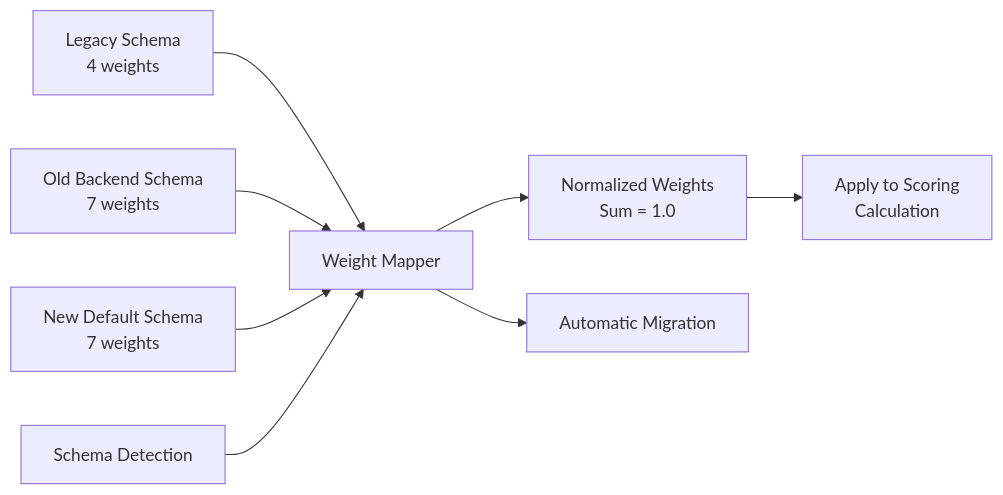
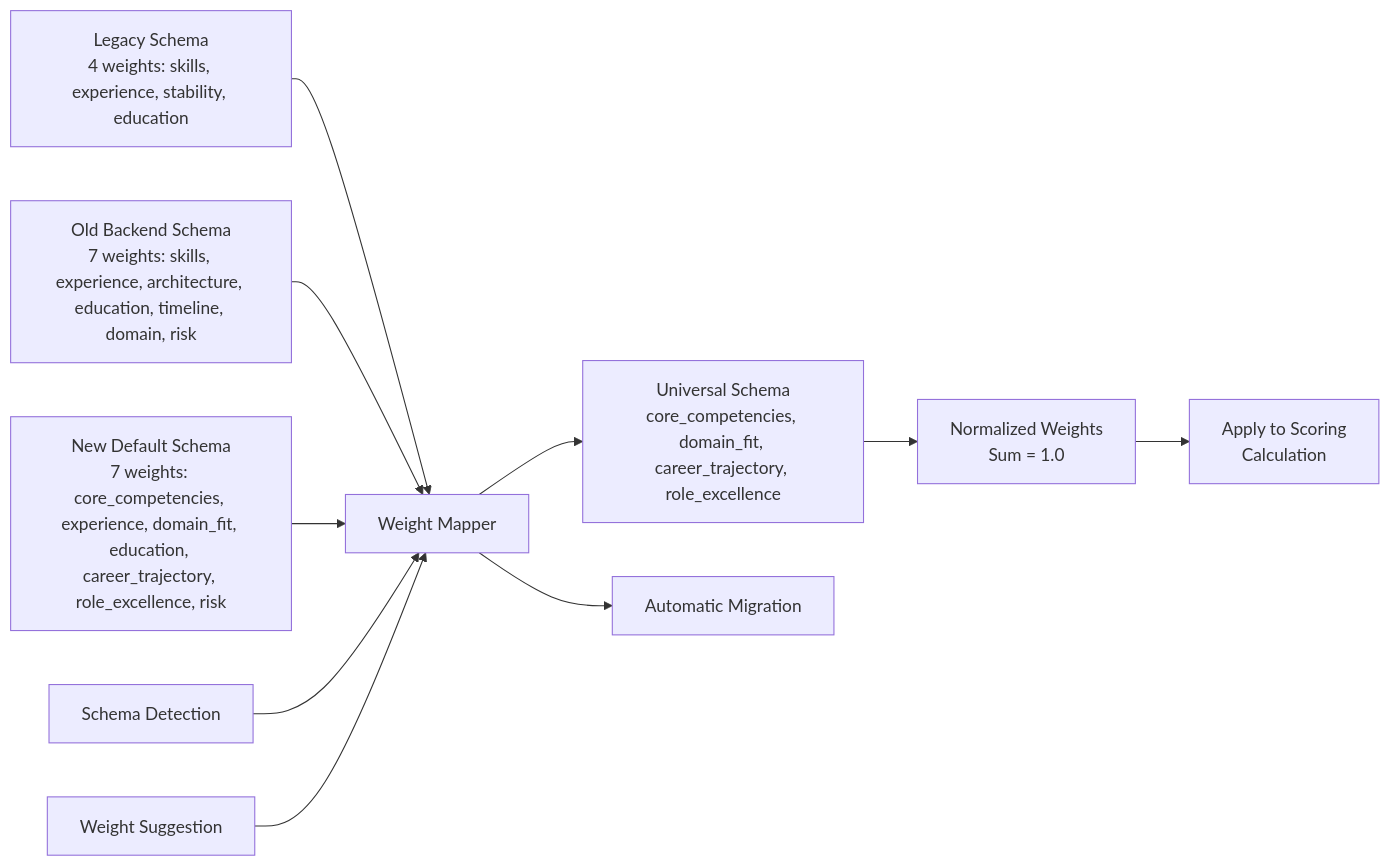
One commit to Revanththetalogics/aireume changed the fifth of 6 diagrams in .qoder/repowiki/en/content/Analysis Engine/Centralized Constants Module.md. Above: the diagram before and after it, drawn with Mermaid. The commit also changed other lines of this file and 41 other files, not shown here.

````diff
--- a/.qoder/repowiki/en/content/Analysis Engine/Centralized Constants Module.md
+++ b/.qoder/repowiki/en/content/Analysis Engine/Centralized Constants Module.md
@@ -241,10 +255,12 @@
 ```mermaid
 flowchart LR
-A[Legacy Schema<br/>4 weights] --> B[Weight Mapper]
-C[Old Backend Schema<br/>7 weights] --> B
-D[New Default Schema<br/>7 weights] --> B
-B --> E[Normalized Weights<br/>Sum = 1.0]
-E --> F[Apply to Scoring<br/>Calculation]
-G[Schema Detection] --> B
-B --> H[Automatic Migration]
+A[Legacy Schema<br/>4 weights: skills, experience, stability, education] --> B[Weight Mapper]
+C[Old Backend Schema<br/>7 weights: skills, experience, architecture, education, timeline, domain, risk] --> B
+D[New Default Schema<br/>7 weights: core_competencies, experience, domain_fit, education, career_trajectory, role_excellence, risk] --> B
+B --> E[Universal Schema<br/>core_competencies, domain_fit, career_trajectory, role_excellence]
+E --> F[Normalized Weights<br/>Sum = 1.0]
+F --> G[Apply to Scoring<br/>Calculation]
+H[Schema Detection] --> B
+B --> I[Automatic Migration]
+J[Weight Suggestion] --> B
 ```
````
